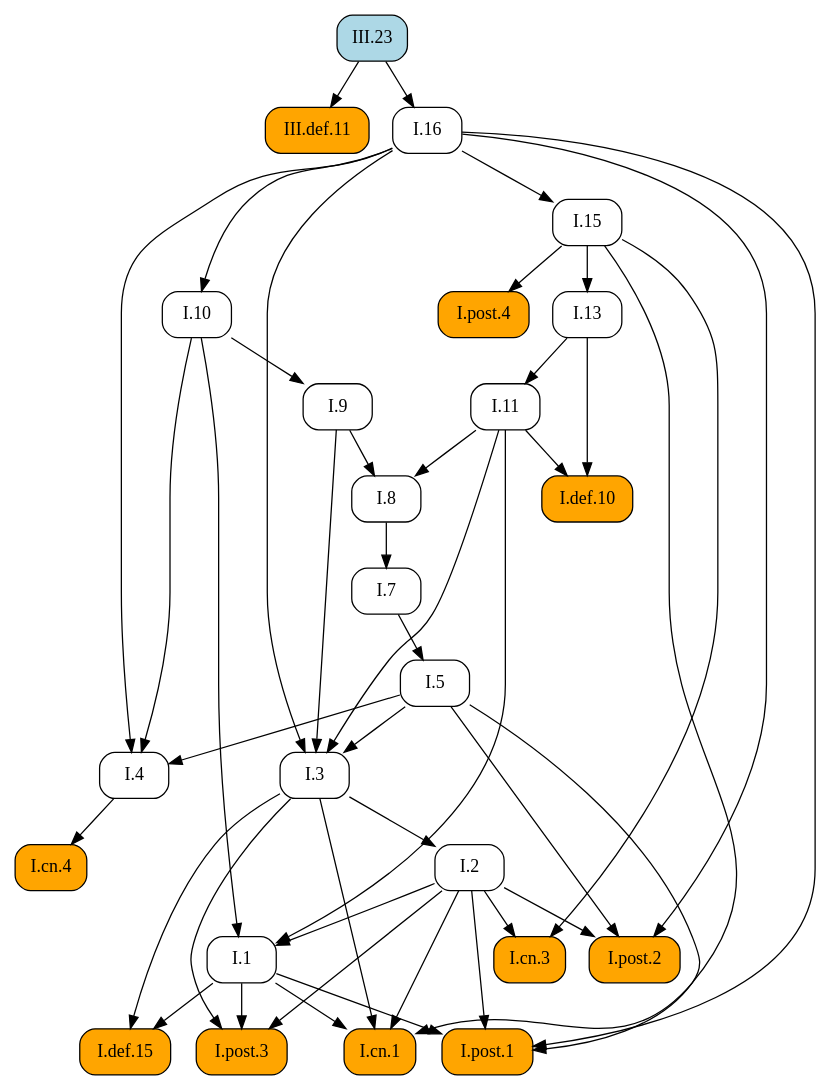
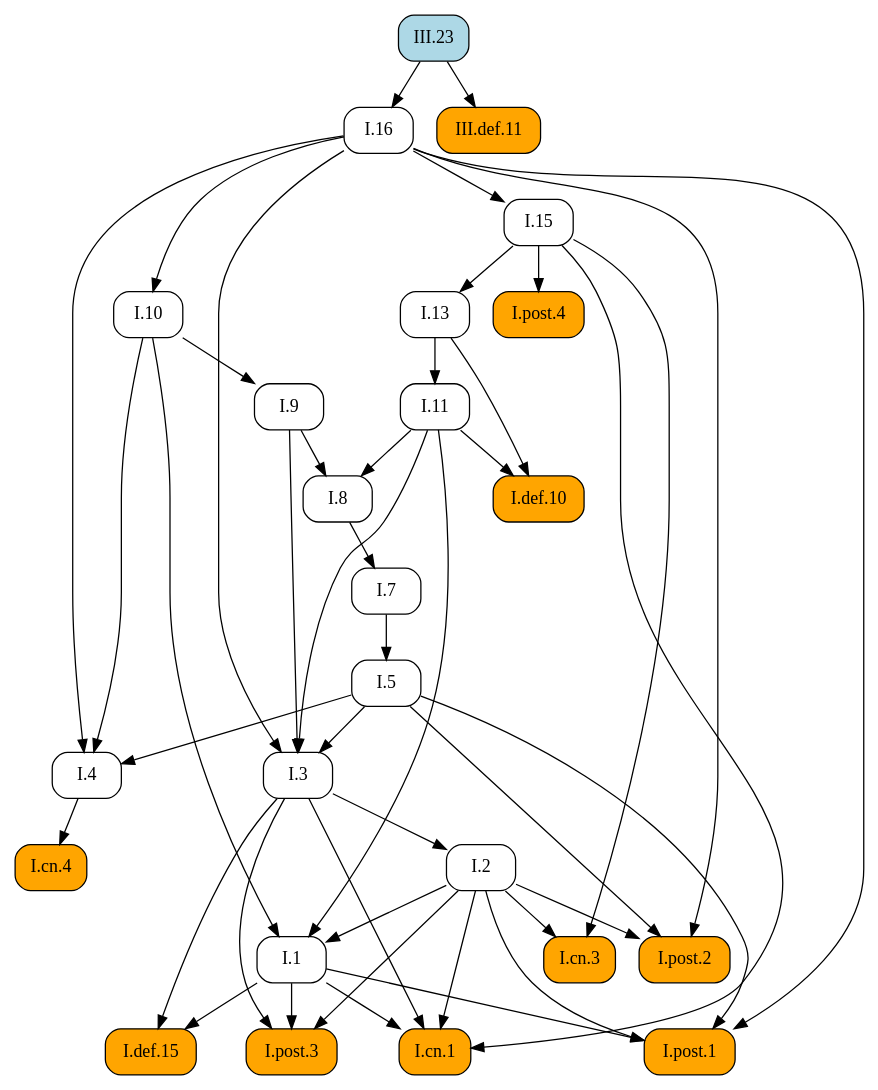
The diagram in docsrc/heath/III/23/index.rst (geometor/elements), drawn with Graphviz before and after one commit. The commit also changed other lines of this file and 1029 other files, not shown here.

```diff
--- a/docsrc/heath/III/23/index.rst
+++ b/docsrc/heath/III/23/index.rst
@@ -39,74 +39,74 @@
 .. graphviz::
 
    digraph {
      rankdir="TB";
      node [shape=box, style=rounded];
+     "I.def.10" [style="rounded,filled", fillcolor=orange, URL="/heath/I/def.10/", target="_top"];
+     "I.11" [URL="/heath/I/11/", target="_top"];
+     "I.post.4" [style="rounded,filled", fillcolor=orange, URL="/heath/I/post.4/", target="_top"];
+     "I.1" [URL="/heath/I/1/", target="_top"];
+     "I.7" [URL="/heath/I/7/", target="_top"];
+     "I.3" [URL="/heath/I/3/", target="_top"];
+     "I.2" [URL="/heath/I/2/", target="_top"];
+     "I.4" [URL="/heath/I/4/", target="_top"];
      "I.13" [URL="/heath/I/13/", target="_top"];
+     "I.post.2" [style="rounded,filled", fillcolor=orange, URL="/heath/I/post.2/", target="_top"];
+     "III.def.11" [style="rounded,filled", fillcolor=orange, URL="/heath/III/def.11/", target="_top"];
+     "I.16" [URL="/heath/I/16/", target="_top"];
+     "I.def.15" [style="rounded,filled", fillcolor=orange, URL="/heath/I/def.15/", target="_top"];
+     "I.9" [URL="/heath/I/9/", target="_top"];
+     "I.post.3" [style="rounded,filled", fillcolor=orange, URL="/heath/I/post.3/", target="_top"];
+     "I.cn.1" [style="rounded,filled", fillcolor=orange, URL="/heath/I/cn.1/", target="_top"];
      "I.cn.3" [style="rounded,filled", fillcolor=orange, URL="/heath/I/cn.3/", target="_top"];
-     "I.5" [URL="/heath/I/5/", target="_top"];
-     "III.def.11" [style="rounded,filled", fillcolor=orange, URL="/heath/III/def.11/", target="_top"];
-     "I.11" [URL="/heath/I/11/", target="_top"];
-     "I.7" [URL="/heath/I/7/", target="_top"];
-     "I.10" [URL="/heath/I/10/", target="_top"];
-     "I.4" [URL="/heath/I/4/", target="_top"];
-     "I.3" [URL="/heath/I/3/", target="_top"];
-     "I.16" [URL="/heath/I/16/", target="_top"];
+     "III.23" [style="rounded,filled", fillcolor=lightblue, URL="/heath/III/23/", target="_top"];
      "I.8" [URL="/heath/I/8/", target="_top"];
-     "I.9" [URL="/heath/I/9/", target="_top"];
-     "I.def.10" [style="rounded,filled", fillcolor=orange, URL="/heath/I/def.10/", target="_top"];
-     "I.post.4" [style="rounded,filled", fillcolor=orange, URL="/heath/I/post.4/", target="_top"];
-     "I.post.2" [style="rounded,filled", fillcolor=orange, URL="/heath/I/post.2/", target="_top"];
-     "I.2" [URL="/heath/I/2/", target="_top"];
-     "I.def.15" [style="rounded,filled", fillcolor=orange, URL="/heath/I/def.15/", target="_top"];
-     "I.1" [URL="/heath/I/1/", target="_top"];
-     "I.post.3" [style="rounded,filled", fillcolor=orange, URL="/heath/I/post.3/", target="_top"];
-     "I.post.1" [style="rounded,filled", fillcolor=orange, URL="/heath/I/post.1/", target="_top"];
-     "III.23" [style="rounded,filled", fillcolor=lightblue, URL="/heath/III/23/", target="_top"];
      "I.cn.4" [style="rounded,filled", fillcolor=orange, URL="/heath/I/cn.4/", target="_top"];
      "I.15" [URL="/heath/I/15/", target="_top"];
-     "I.cn.1" [style="rounded,filled", fillcolor=orange, URL="/heath/I/cn.1/", target="_top"];
-     "I.15" -> "I.13";
-     "I.2" -> "I.cn.3";
-     "I.15" -> "I.cn.3";
-     "I.7" -> "I.5";
-     "III.23" -> "III.def.11";
+     "I.post.1" [style="rounded,filled", fillcolor=orange, URL="/heath/I/post.1/", target="_top"];
+     "I.10" [URL="/heath/I/10/", target="_top"];
+     "I.5" [URL="/heath/I/5/", target="_top"];
+     "I.11" -> "I.def.10";
+     "I.13" -> "I.def.10";
      "I.13" -> "I.11";
+     "I.15" -> "I.post.4";
+     "I.2" -> "I.1";
+     "I.10" -> "I.1";
+     "I.11" -> "I.1";
      "I.8" -> "I.7";
-     "I.16" -> "I.10";
-     "I.5" -> "I.4";
-     "I.10" -> "I.4";
-     "I.16" -> "I.4";
      "I.5" -> "I.3";
      "I.9" -> "I.3";
      "I.11" -> "I.3";
      "I.16" -> "I.3";
-     "III.23" -> "I.16";
-     "I.9" -> "I.8";
-     "I.11" -> "I.8";
-     "I.10" -> "I.9";
-     "I.11" -> "I.def.10";
-     "I.13" -> "I.def.10";
-     "I.15" -> "I.post.4";
+     "I.3" -> "I.2";
+     "I.5" -> "I.4";
+     "I.10" -> "I.4";
+     "I.16" -> "I.4";
+     "I.15" -> "I.13";
      "I.2" -> "I.post.2";
      "I.5" -> "I.post.2";
      "I.16" -> "I.post.2";
-     "I.3" -> "I.2";
+     "III.23" -> "III.def.11";
+     "III.23" -> "I.16";
      "I.1" -> "I.def.15";
      "I.3" -> "I.def.15";
-     "I.2" -> "I.1";
-     "I.10" -> "I.1";
-     "I.11" -> "I.1";
+     "I.10" -> "I.9";
      "I.1" -> "I.post.3";
      "I.2" -> "I.post.3";
      "I.3" -> "I.post.3";
+     "I.1" -> "I.cn.1";
+     "I.2" -> "I.cn.1";
+     "I.3" -> "I.cn.1";
+     "I.15" -> "I.cn.1";
+     "I.2" -> "I.cn.3";
+     "I.15" -> "I.cn.3";
+     "I.9" -> "I.8";
+     "I.11" -> "I.8";
+     "I.4" -> "I.cn.4";
+     "I.16" -> "I.15";
      "I.1" -> "I.post.1";
      "I.2" -> "I.post.1";
      "I.5" -> "I.post.1";
      "I.16" -> "I.post.1";
-     "I.4" -> "I.cn.4";
-     "I.16" -> "I.15";
-     "I.1" -> "I.cn.1";
-     "I.2" -> "I.cn.1";
-     "I.3" -> "I.cn.1";
-     "I.15" -> "I.cn.1";
+     "I.16" -> "I.10";
+     "I.7" -> "I.5";
    }
```
